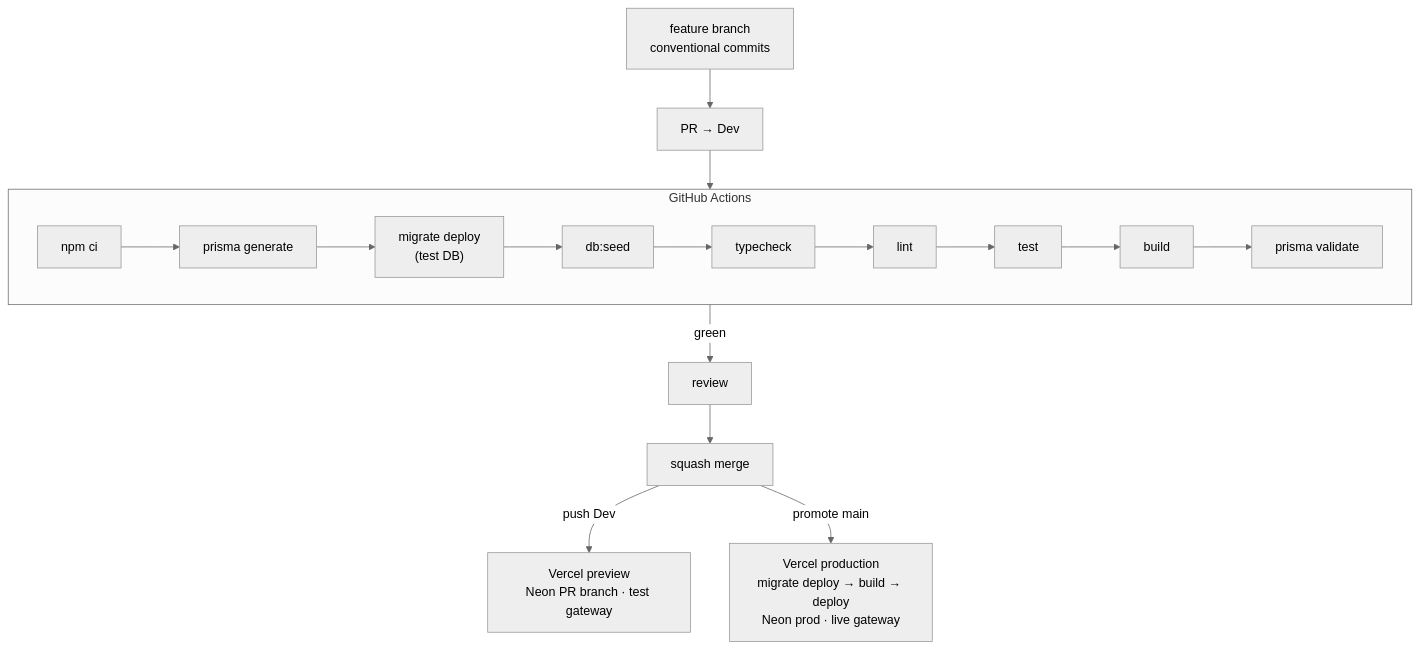
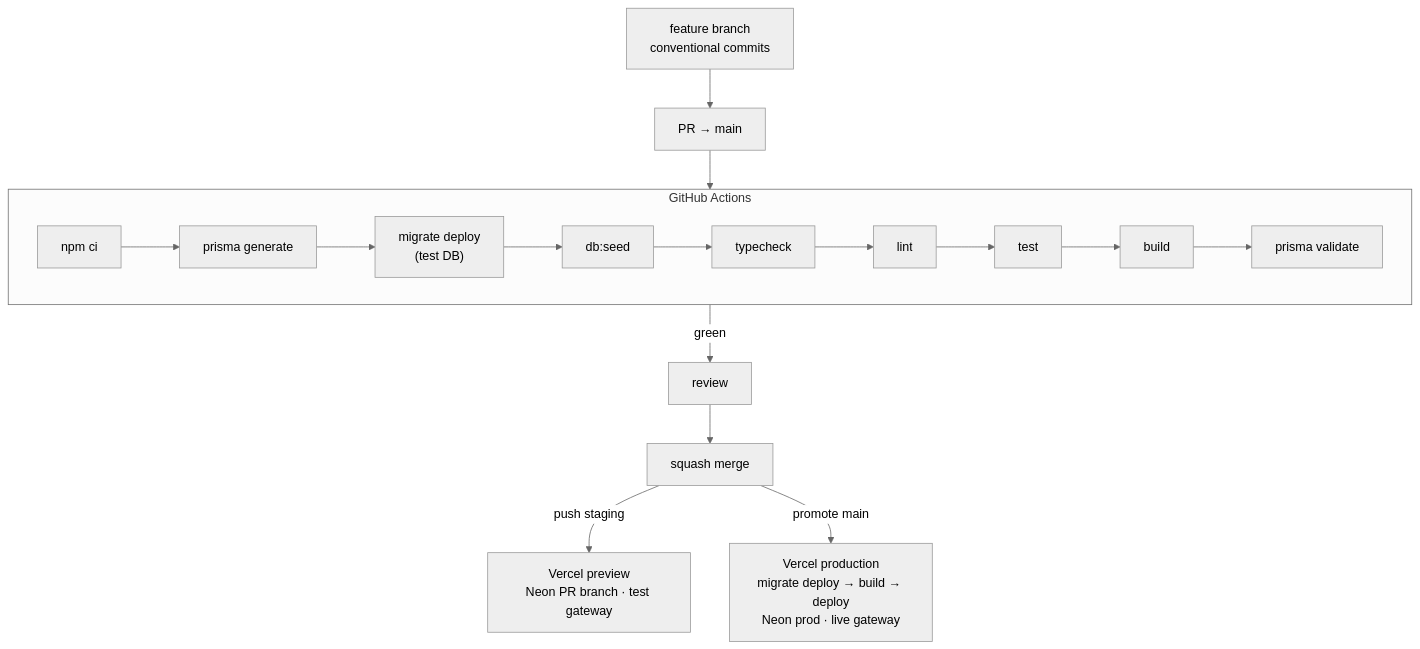
Before and after one commit to KSDRILL-SA/Xkimi-Xa-Mali: the first of 3 diagrams in docs/architecture/04-infrastructure-deployment.md, drawn with Mermaid (neutral theme). The commit also changed other lines of this file and 9 other files, not shown here.

First line of the commit message:
chore: main is the only long-lived branch

````diff
--- a/docs/architecture/04-infrastructure-deployment.md
+++ b/docs/architecture/04-infrastructure-deployment.md
@@ -19,15 +19,15 @@
 ```mermaid
 flowchart TD
-    DEV["feature branch<br/>conventional commits"] --> PR["PR → Dev"]
+    DEV["feature branch<br/>conventional commits"] --> PR["PR → main"]
     PR --> CI
 
     subgraph CI["GitHub Actions"]
         direction LR
         INSTALL["npm ci"] --> GEN["prisma generate"] --> MIG["migrate deploy<br/>(test DB)"] --> SEED["db:seed"]
         SEED --> TC["typecheck"] --> LINT["lint"] --> TEST["test"] --> BUILD["build"] --> VAL["prisma validate"]
     end
 
     CI -->|green| REVIEW["review"] --> MERGE["squash merge"]
-    MERGE -->|push Dev| PREV["Vercel preview<br/>Neon PR branch · test gateway"]
+    MERGE -->|push staging| PREV["Vercel preview<br/>Neon PR branch · test gateway"]
     MERGE -->|promote main| PROD["Vercel production<br/>migrate deploy → build → deploy<br/>Neon prod · live gateway"]
 ```
````
